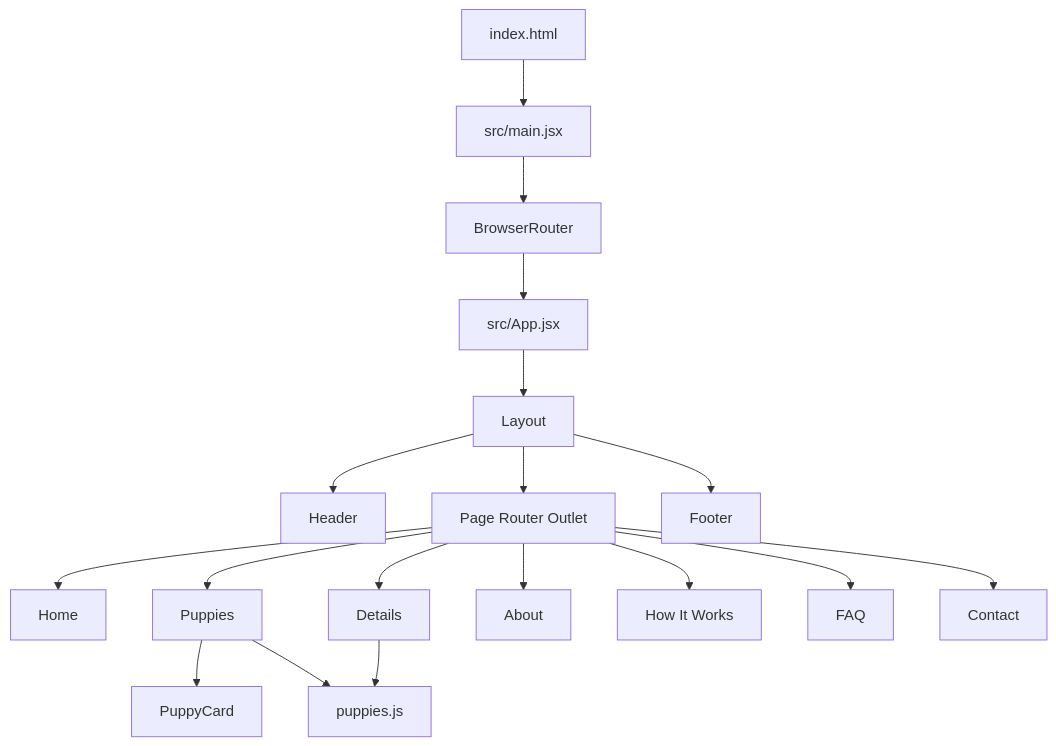
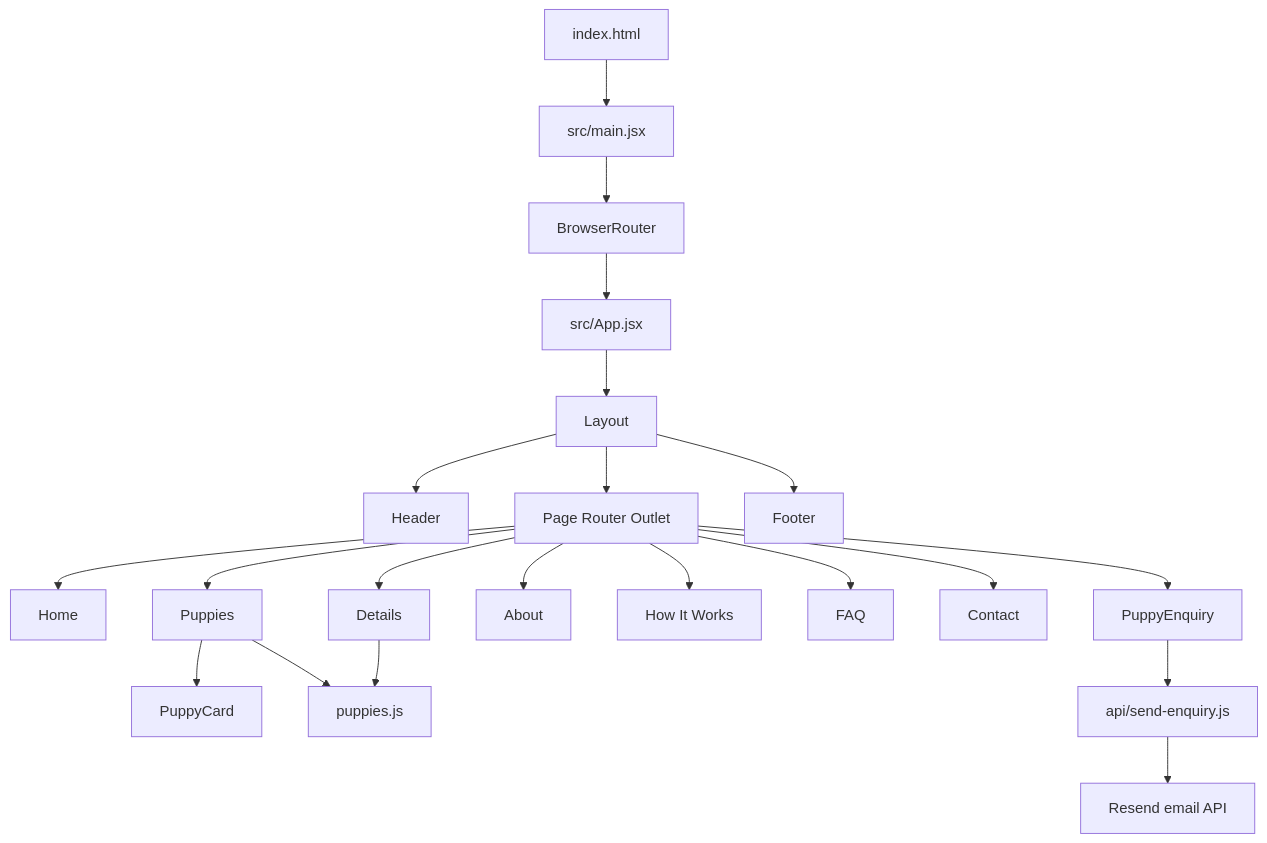
The diagram in README.md (ajeetsingh12345/Pawhaven), drawn with Mermaid before and after one commit. The commit also changed other lines of this file and 7 other files, not shown here.

Commit message:
Add puppy enquiry delivery form

````diff
--- a/README.md
+++ b/README.md
@@ -119,20 +125,23 @@
 ```mermaid
 flowchart TD
     A[index.html] --> B[src/main.jsx]
     B --> C[BrowserRouter]
     C --> D[src/App.jsx]
     D --> E[Layout]
     E --> F[Header]
     E --> G[Page Router Outlet]
     E --> H[Footer]
     G --> I[Home]
     G --> J[Puppies]
     G --> K[Details]
     G --> L[About]
     G --> M[How It Works]
     G --> N[FAQ]
     G --> O[Contact]
     J --> P[PuppyCard]
     J --> Q[puppies.js]
     K --> Q
+    G --> R[PuppyEnquiry]
+    R --> S[api/send-enquiry.js]
+    S --> T[Resend email API]
 ```
````
